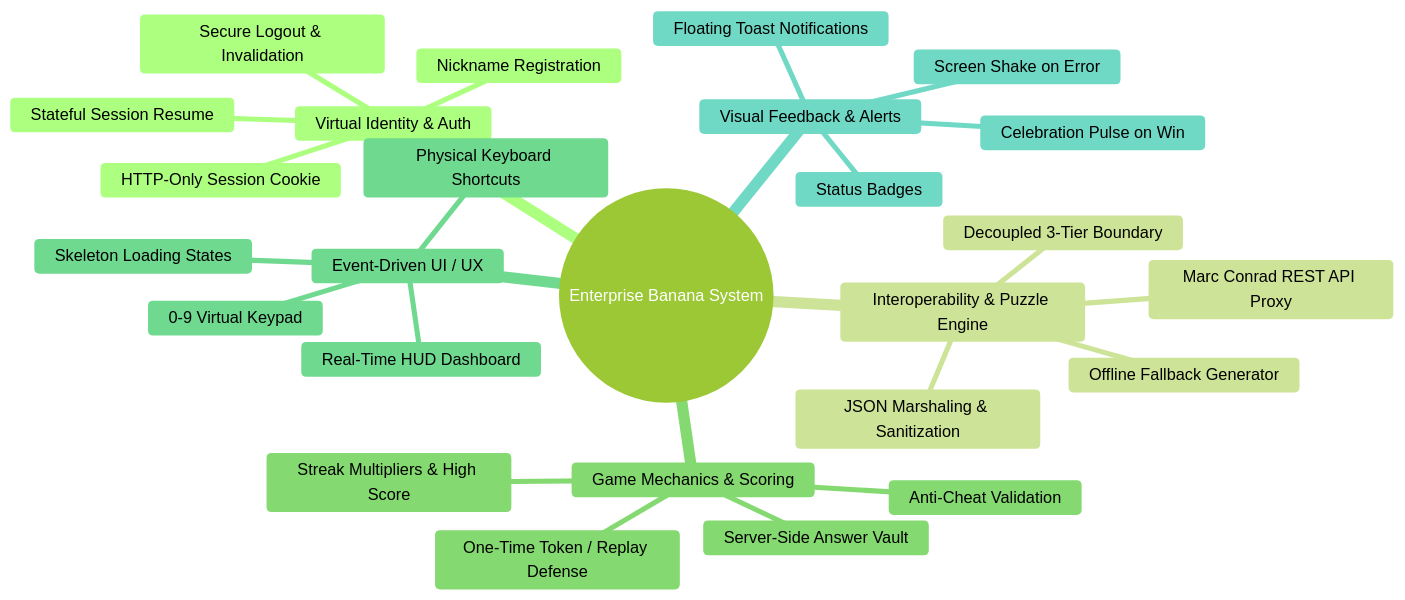
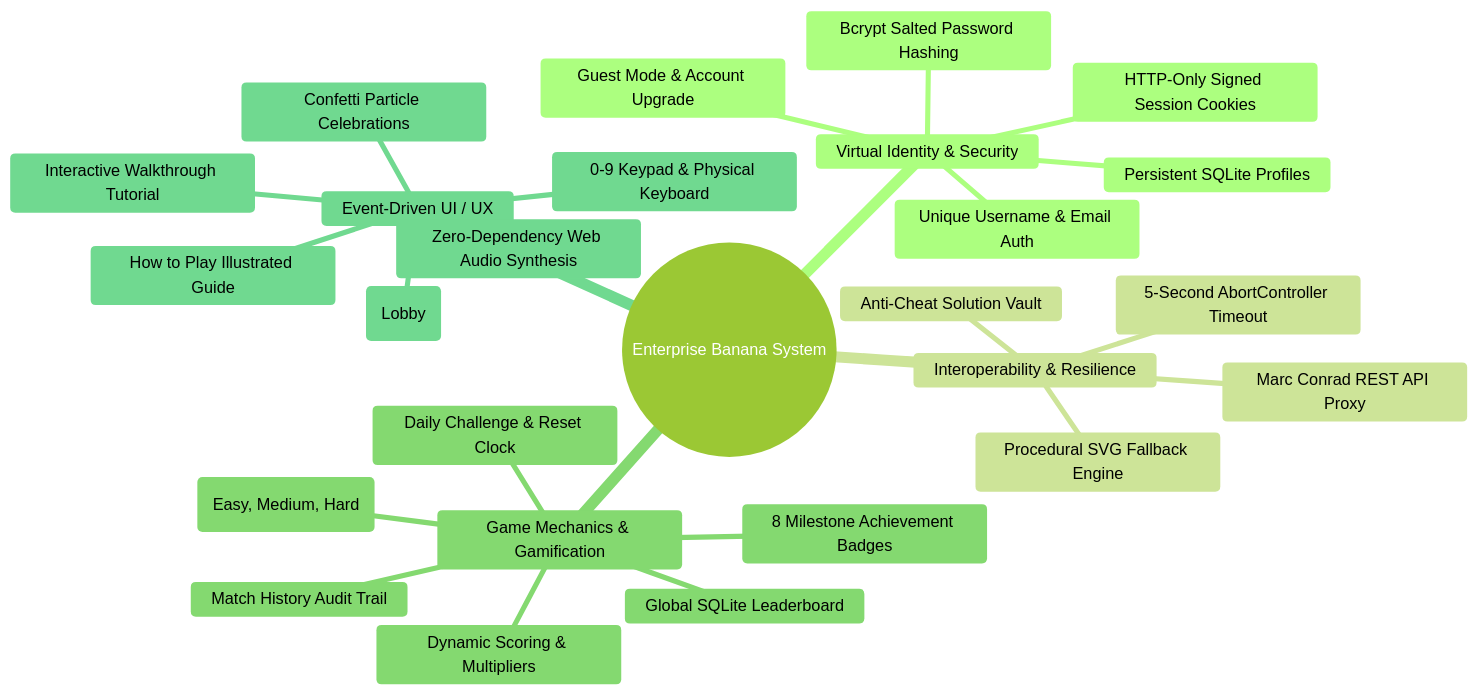
One commit to utsab8/Banana-Game-for-Software-for-Enterprise changed the diagram in features.md. Above: the diagram before and after it, drawn with Mermaid (forest theme). The commit also changed other lines of this file and 6 other files, not shown here.

Commit message:
feat: add How to Play guide, interactive tutorial walkthrough, and update documentation

````diff
--- a/features.md
+++ b/features.md
@@ -22,29 +22,29 @@
 ```mermaid
 mindmap
   root((Enterprise Banana System))
-    Virtual Identity & Auth
-      Nickname Registration
-      HTTP-Only Session Cookie
-      Stateful Session Resume
-      Secure Logout & Invalidation
-    Interoperability & Puzzle Engine
+    Virtual Identity & Security
+      Unique Username & Email Auth
+      Bcrypt Salted Password Hashing
+      HTTP-Only Signed Session Cookies
+      Guest Mode & Account Upgrade
+      Persistent SQLite Profiles
+    Interoperability & Resilience
       Marc Conrad REST API Proxy
-      Decoupled 3-Tier Boundary
-      JSON Marshaling & Sanitization
-      Offline Fallback Generator
-    Game Mechanics & Scoring
-      Server-Side Answer Vault
-      Anti-Cheat Validation
-      Streak Multipliers & High Score
-      One-Time Token / Replay Defense
+      Anti-Cheat Solution Vault
+      Procedural SVG Fallback Engine
+      5-Second AbortController Timeout
+    Game Mechanics & Gamification
+      Difficulty Modes (Easy, Medium, Hard)
+      Dynamic Scoring & Multipliers
+      Daily Challenge & Reset Clock
+      8 Milestone Achievement Badges
+      Global SQLite Leaderboard
+      Match History Audit Trail
     Event-Driven UI / UX
-      0-9 Virtual Keypad
-      Physical Keyboard Shortcuts
-      Real-Time HUD Dashboard
-      Skeleton Loading States
-    Visual Feedback & Alerts
-      Screen Shake on Error
-      Celebration Pulse on Win
-      Floating Toast Notifications
-      Status Badges
+      Game Home Screen (Lobby)
+      How to Play Illustrated Guide
+      Interactive Walkthrough Tutorial
+      0-9 Keypad & Physical Keyboard
+      Zero-Dependency Web Audio Synthesis
+      Confetti Particle Celebrations
 ```
````
